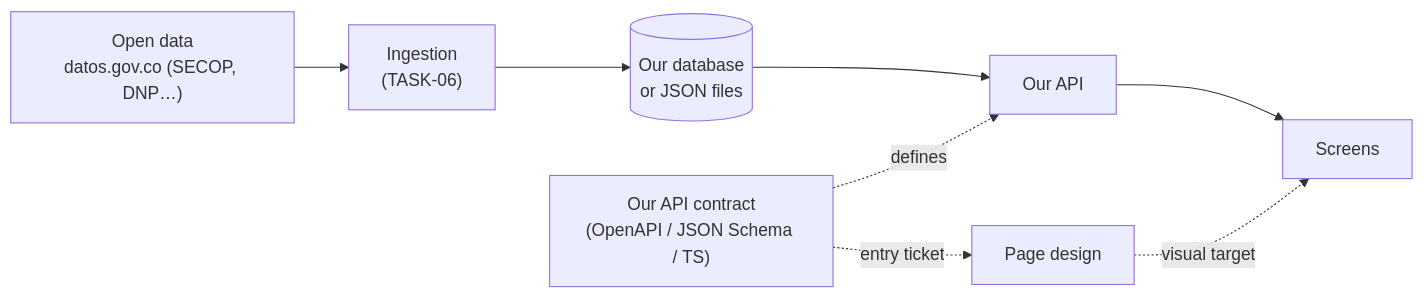
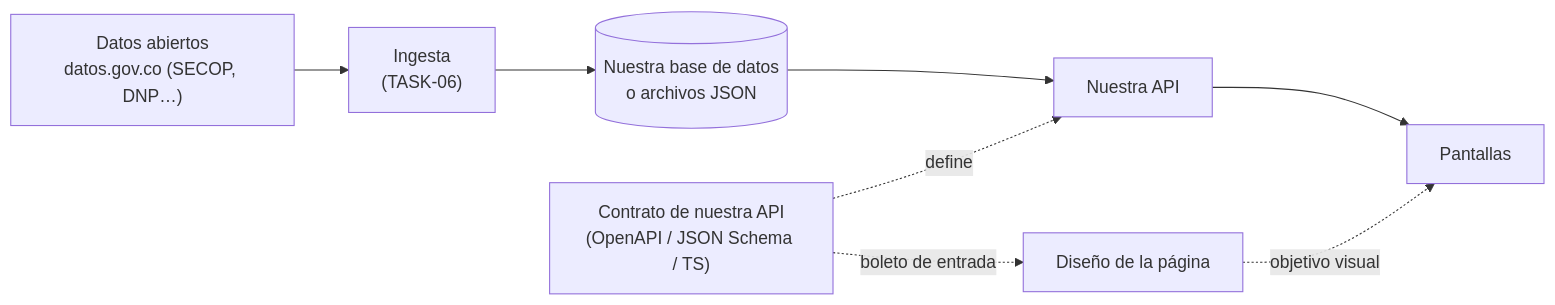
The first of 4 diagrams in docs/design/design-flow.md (EKOU-Solutions/EKOU-Elephants), drawn with Mermaid before and after one commit. The commit also changed other lines of this file and 33 other files, not shown here.

````diff
--- a/docs/design/design-flow.md
+++ b/docs/design/design-flow.md
@@ -14,10 +15,10 @@
 ```mermaid
 flowchart LR
-  OD["Open data<br/>datos.gov.co (SECOP, DNP…)"] --> ING["Ingestion<br/>(TASK-06)"]
-  ING --> DB[("Our database<br/>or JSON files")]
-  DB --> API["Our API"]
-  API --> UI["Screens"]
-  C["Our API contract<br/>(OpenAPI / JSON Schema / TS)"] -. "defines" .-> API
-  C -. "entry ticket" .-> DS["Page design"]
-  DS -. "visual target" .-> UI
+  OD["Datos abiertos<br/>datos.gov.co (SECOP, DNP…)"] --> ING["Ingesta<br/>(TASK-06)"]
+  ING --> DB[("Nuestra base de datos<br/>o archivos JSON")]
+  DB --> API["Nuestra API"]
+  API --> UI["Pantallas"]
+  C["Contrato de nuestra API<br/>(OpenAPI / JSON Schema / TS)"] -. "define" .-> API
+  C -. "boleto de entrada" .-> DS["Diseño de la página"]
+  DS -. "objetivo visual" .-> UI
 ```
````
